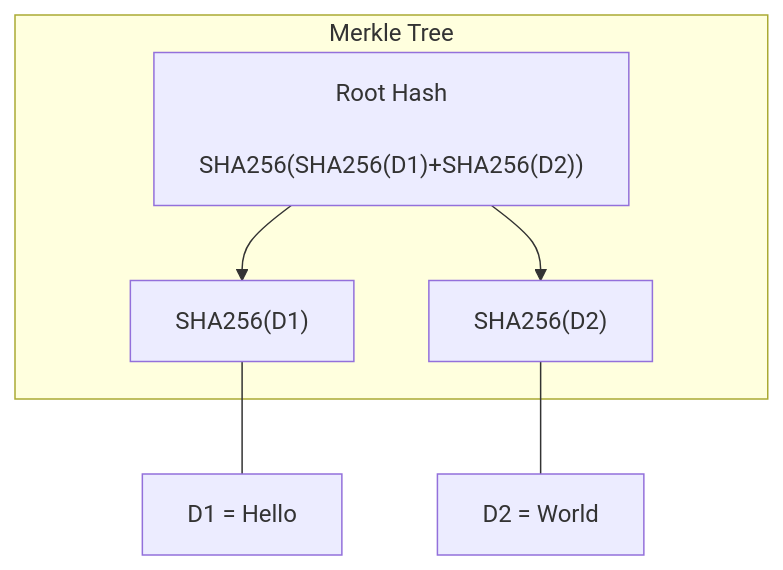
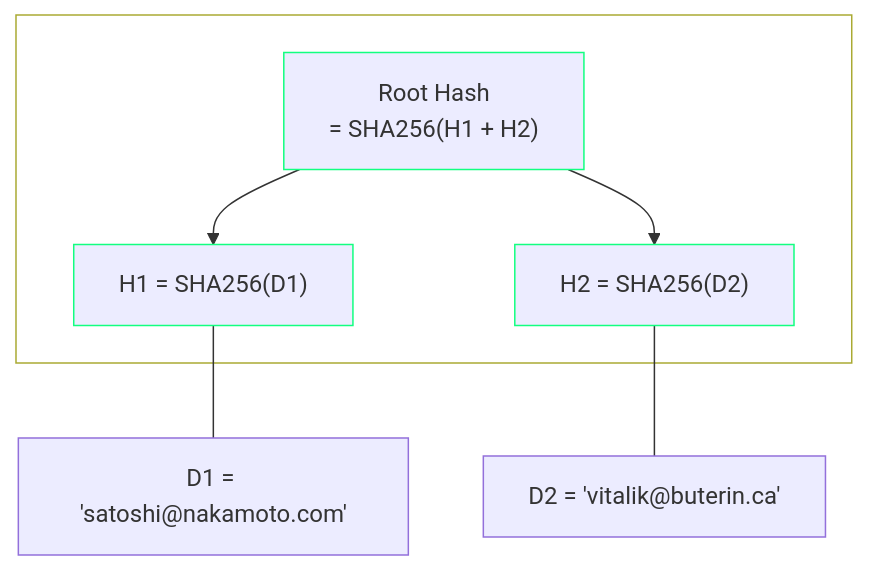
The first of 3 diagrams in README.md (wentelteefje/safe-merkleproofs), drawn with Mermaid before and after one commit. The commit also changed other lines of this file, not shown here.

````diff
--- a/README.md
+++ b/README.md
@@ -15,9 +14,12 @@
 ```mermaid
 graph TB;
-    subgraph Merkle Tree
-    A["Root Hash\n SHA256(SHA256(D1)+SHA256(D2))"]-->B["SHA256(D1)"]
-    A-->C["SHA256(D2)"];
+    subgraph ED[ ]
+    A["Root Hash\n = SHA256(H1 + H2)"]:::safeStyle-->
+    B["H1 = SHA256(D1)"]:::safeStyle;
+    A-->C["H2 = SHA256(D2)"]:::safeStyle;
     end
-    B---D["D1 = Hello"]
-    C---E["D2 = World"]
+    B---D["D1 = 'satoshi@nakamoto.com'"]
+    C---E["D2 = 'vitalik@buterin.ca'"]
+    style ED color:#12FF80, fill:none
+    classDef safeStyle stroke:#12FF80
 ```
````
